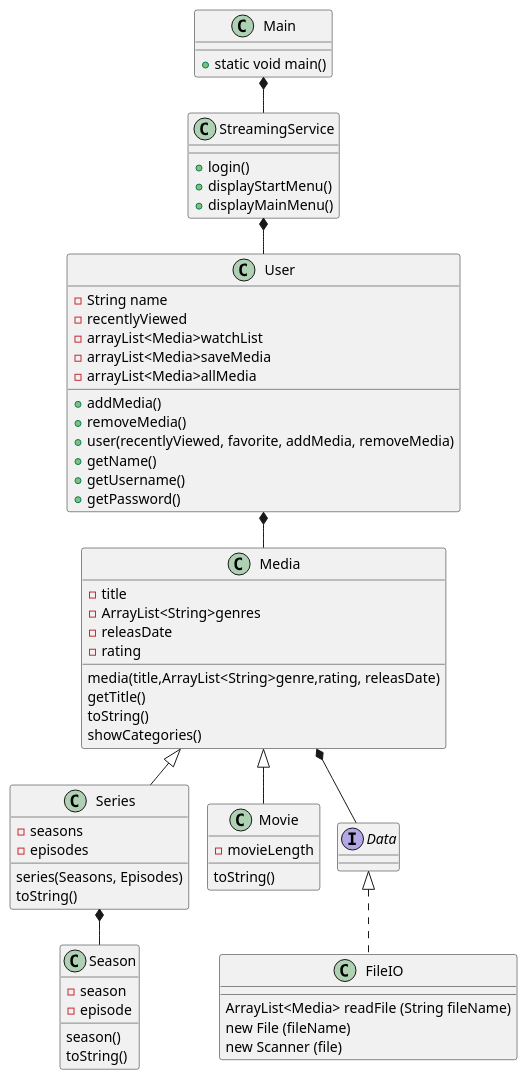
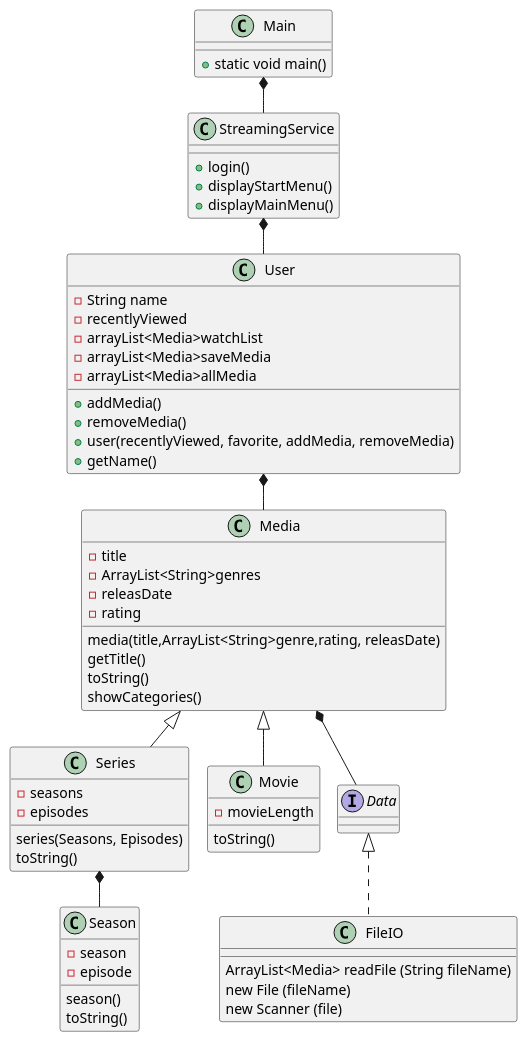
Before and after one commit to JeppeKoch/SP3: the diagram in SP3_Domain/src/main/java/org/example/SP3_Class.puml, drawn with PlantUML. The commit also changed 4 other files, not shown here.

```diff
--- a/SP3_Domain/src/main/java/org/example/SP3_Class.puml
+++ b/SP3_Domain/src/main/java/org/example/SP3_Class.puml
@@ -1,98 +1,97 @@
 @startuml
 'https://plantuml.com/class-diagram
 !pragma layout smetana
 class Main
 class Season
 
 
 
 class Main{
 + static void main()
 }
 
 class StreamingService{
 +login()
 +displayStartMenu()
 +displayMainMenu()
 }
 
 class User{
 - String name
 -recentlyViewed
 -arrayList<Media>watchList
 -arrayList<Media>saveMedia
 -arrayList<Media>allMedia
 +addMedia()
 +removeMedia()
 +user(recentlyViewed, favorite, addMedia, removeMedia)
 +getName()
-+getUsername()
-+getPassword()
+
 }
 
 
 class Media{
 -title
 -ArrayList<String>genres
 -releasDate
 -rating
 media(title,ArrayList<String>genre,rating, releasDate)
 getTitle()
 toString()
 showCategories()
 
 }
 
 class Series{
 -seasons
 -episodes
 series(Seasons, Episodes)
 toString()
 }
 
 class Season{
 -season
 -episode
 season()
 toString()
 }
 
 class Movie{
 -movieLength
 
 toString()
 }
 
 
 
 interface Data{
 
 
 }
 
 class FileIO{
 ArrayList<Media> readFile (String fileName)
 new File (fileName)
 new Scanner (file)
 }
 
 
 
 
 Main *-- StreamingService
 StreamingService *-- User
 User *-- Media
 Media <|-- Movie
 Media <|-- Series
 
 Data <|.- FileIO
 Media *-- Data
 
 
 Series *-- Season
 
 
 
 
 
 @enduml
```
